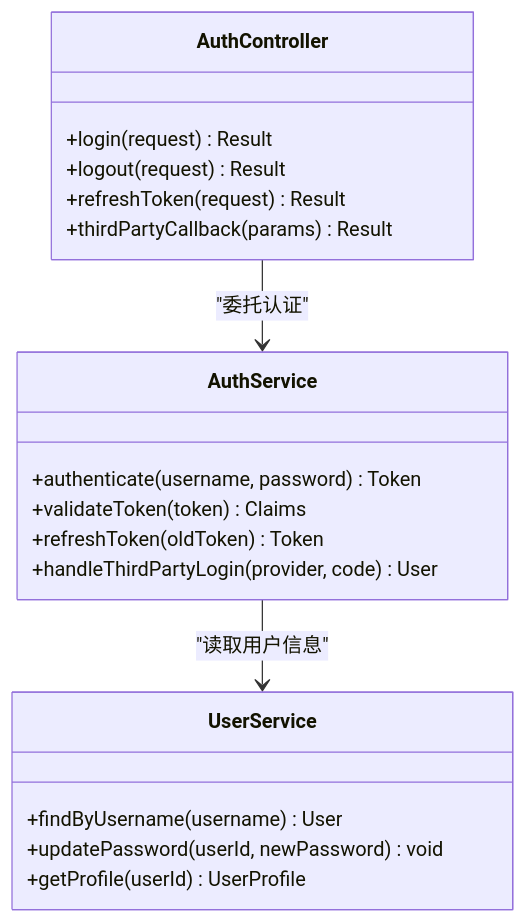
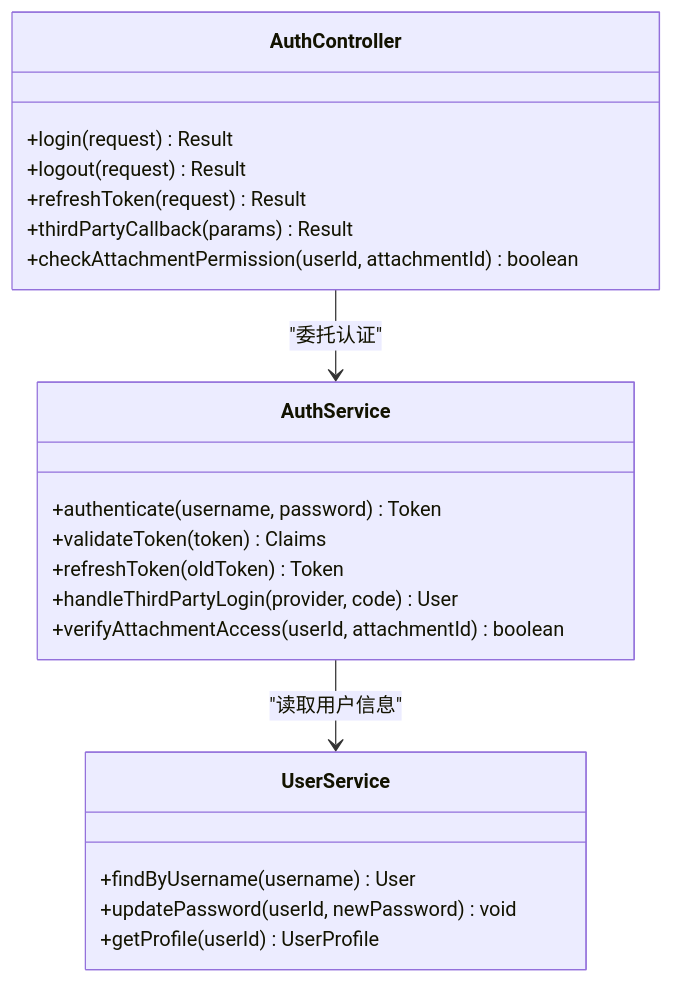
Before and after one commit to liming-lihaini/workflow: the third of 12 diagrams in .qoder/repowiki/zh/content/API接口文档/用户认证API.md, drawn with Mermaid. The commit also changed other lines of this file and 30 other files, not shown here.

````diff
--- a/.qoder/repowiki/zh/content/API接口文档/用户认证API.md
+++ b/.qoder/repowiki/zh/content/API接口文档/用户认证API.md
@@ -145,22 +158,24 @@
 ```mermaid
 classDiagram
 class AuthController {
 +login(request) Result
 +logout(request) Result
 +refreshToken(request) Result
 +thirdPartyCallback(params) Result
++checkAttachmentPermission(userId, attachmentId) boolean
 }
 class AuthService {
 +authenticate(username, password) Token
 +validateToken(token) Claims
 +refreshToken(oldToken) Token
 +handleThirdPartyLogin(provider, code) User
++verifyAttachmentAccess(userId, attachmentId) boolean
 }
 class UserService {
 +findByUsername(username) User
 +updatePassword(userId, newPassword) void
 +getProfile(userId) UserProfile
 }
 AuthController --> AuthService : "委托认证"
 AuthService --> UserService : "读取用户信息"
 ```
````
